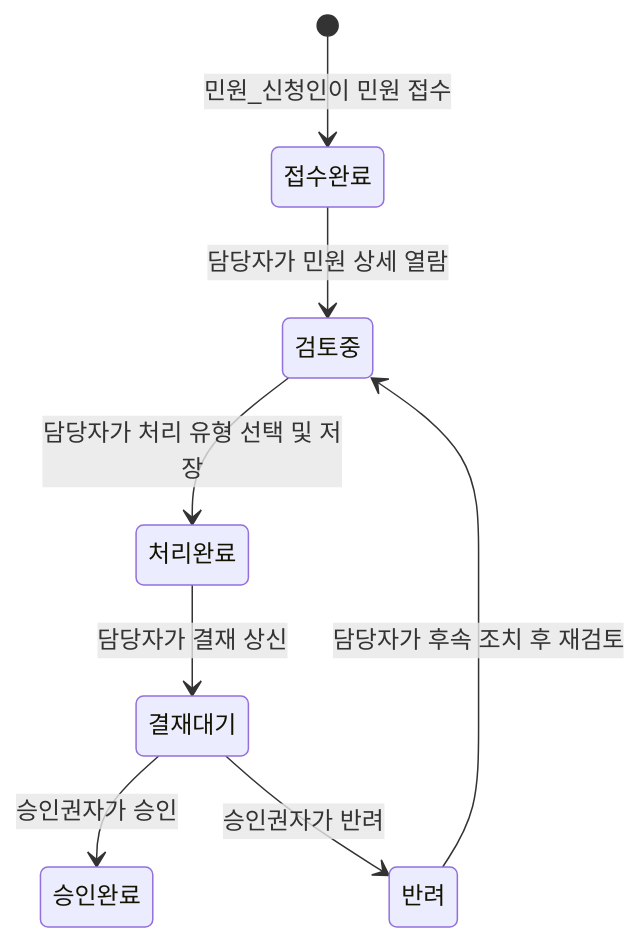
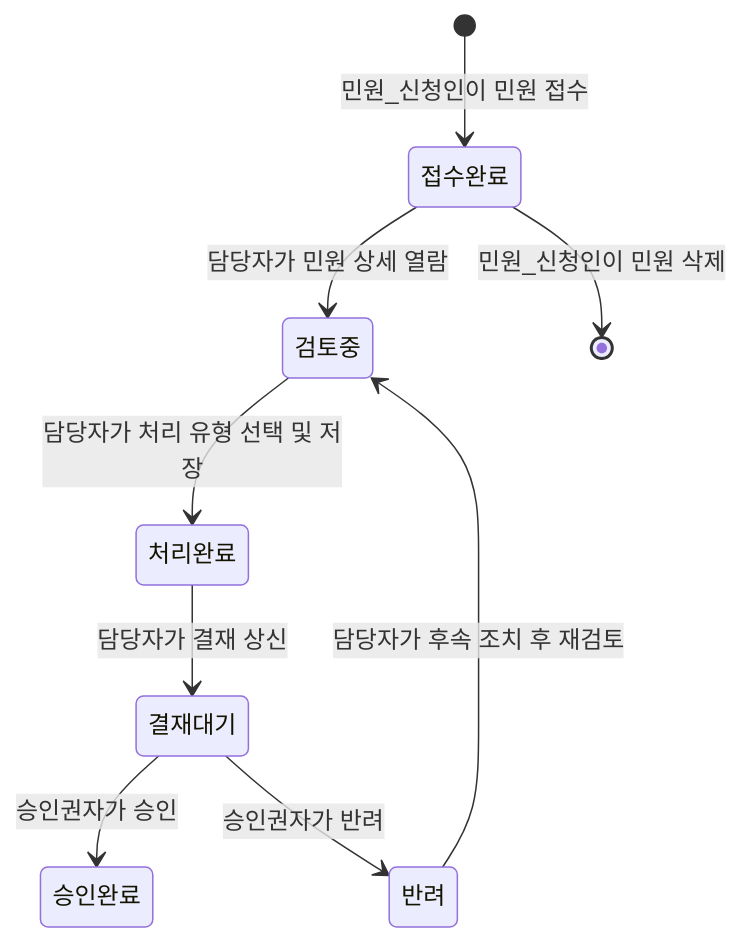
Before and after one commit to javaos74/public-demo-app: the second of 3 diagrams in .kiro/specs/civil-complaint-processing/design.md, drawn with Mermaid. The commit also changed other lines of this file and 7 other files, not shown here.

````diff
--- a/.kiro/specs/civil-complaint-processing/design.md
+++ b/.kiro/specs/civil-complaint-processing/design.md
@@ -76,10 +76,11 @@
 ```mermaid
 stateDiagram-v2
     [*] --> 접수완료: 민원_신청인이 민원 접수
     접수완료 --> 검토중: 담당자가 민원 상세 열람
+    접수완료 --> [*]: 민원_신청인이 민원 삭제
     검토중 --> 처리완료: 담당자가 처리 유형 선택 및 저장
     처리완료 --> 결재대기: 담당자가 결재 상신
     결재대기 --> 승인완료: 승인권자가 승인
     결재대기 --> 반려: 승인권자가 반려
     반려 --> 검토중: 담당자가 후속 조치 후 재검토
 ```
````
